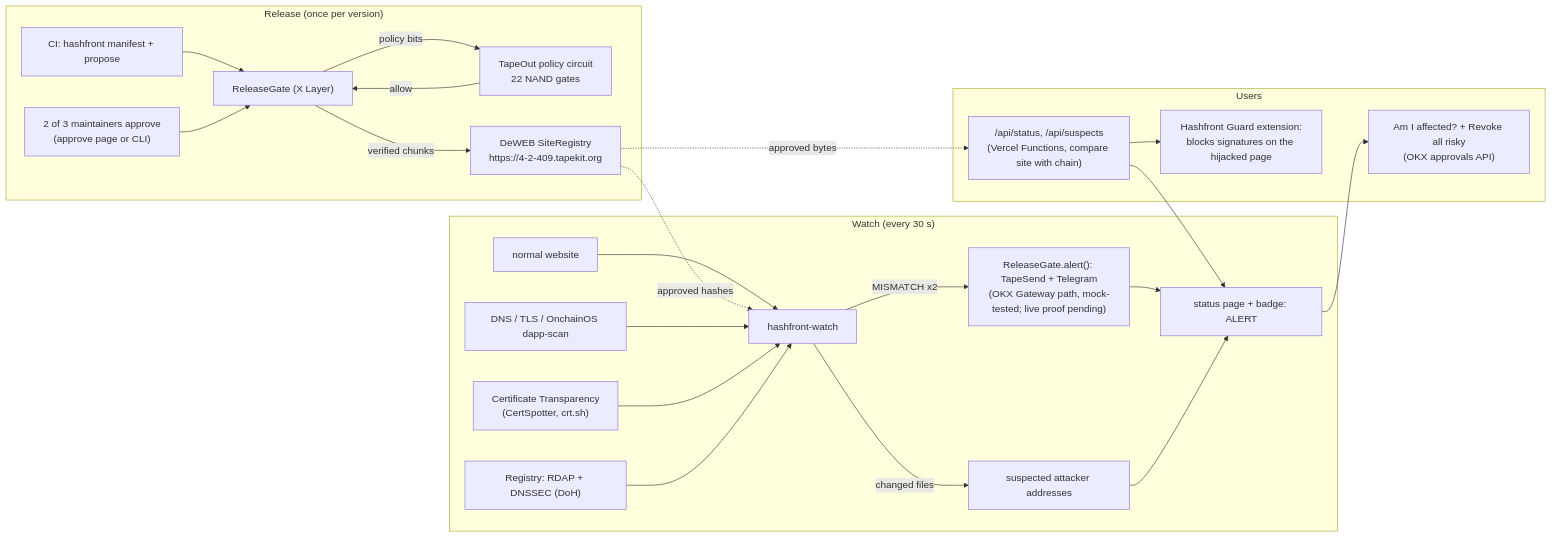
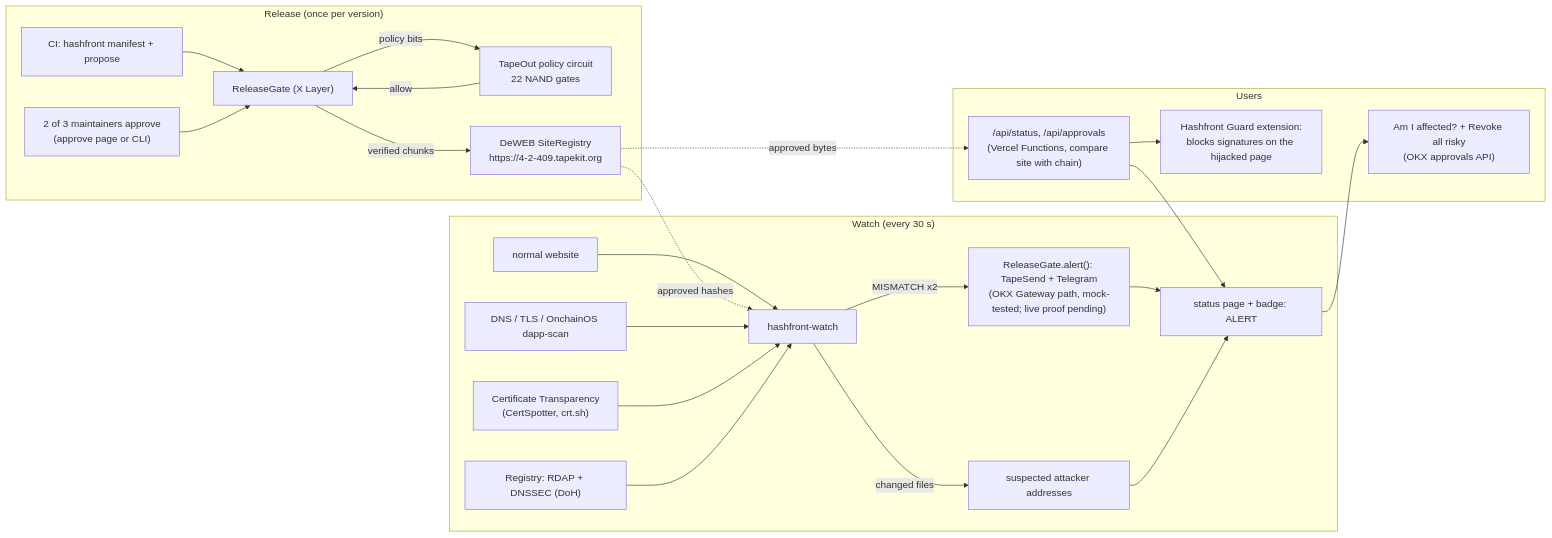
One commit to syther069/hashfront changed the diagram in README.md. Above: the diagram before and after it, drawn with Mermaid. The commit also changed 15 other files, not shown here.

Commit message:
Audit nice-to-have: remove /api/suspects (status and approvals cover it), mark IMPLEMENTATION_PLAN as history

````diff
--- a/README.md
+++ b/README.md
@@ -119,28 +119,28 @@
 ```mermaid
 flowchart LR
   subgraph Release["Release (once per version)"]
     CI["CI: hashfront manifest + propose"] --> Gate
     M["2 of 3 maintainers approve<br/>(approve page or CLI)"] --> Gate
     Gate["ReleaseGate (X Layer)"] -->|"policy bits"| Circuit["TapeOut policy circuit<br/>22 NAND gates"]
     Circuit -->|"allow"| Gate
     Gate -->|"verified chunks"| DeWEB["DeWEB SiteRegistry<br/>https://4-2-409.tapekit.org"]
   end
   subgraph Watch["Watch (every 30 s)"]
     Site["normal website"] --> Watcher["hashfront-watch"]
     DeWEB -.->|"approved hashes"| Watcher
     DNS["DNS / TLS / OnchainOS dapp-scan"] --> Watcher
     CT["Certificate Transparency<br/>(CertSpotter, crt.sh)"] --> Watcher
     RDAP["Registry: RDAP + DNSSEC (DoH)"] --> Watcher
     Watcher -->|"MISMATCH x2"| Alert["ReleaseGate.alert(): TapeSend + Telegram<br/>(OKX Gateway path, mock-tested; live proof pending)"]
     Watcher -->|"changed files"| Suspects["suspected attacker addresses"]
     Alert --> Status["status page + badge: ALERT"]
   end
   subgraph Users["Users"]
-    API["/api/status, /api/suspects<br/>(Vercel Functions, compare site with chain)"]
+    API["/api/status, /api/approvals<br/>(Vercel Functions, compare site with chain)"]
     DeWEB -.->|"approved bytes"| API
     API --> Guard["Hashfront Guard extension:<br/>blocks signatures on the hijacked page"]
     API --> Status
     Suspects --> Status
     Status --> Revoke["Am I affected? + Revoke all risky<br/>(OKX approvals API)"]
   end
 ```
````
